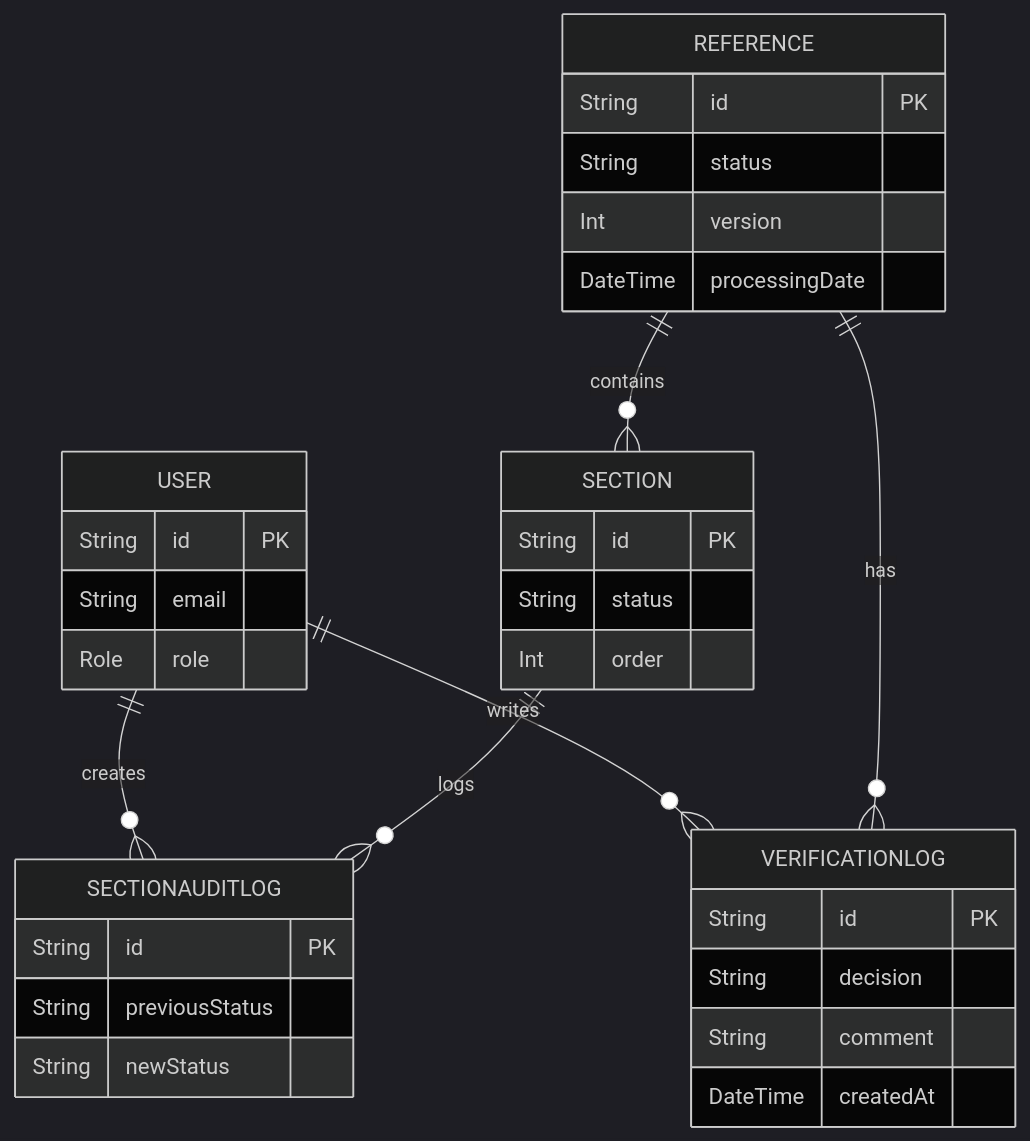
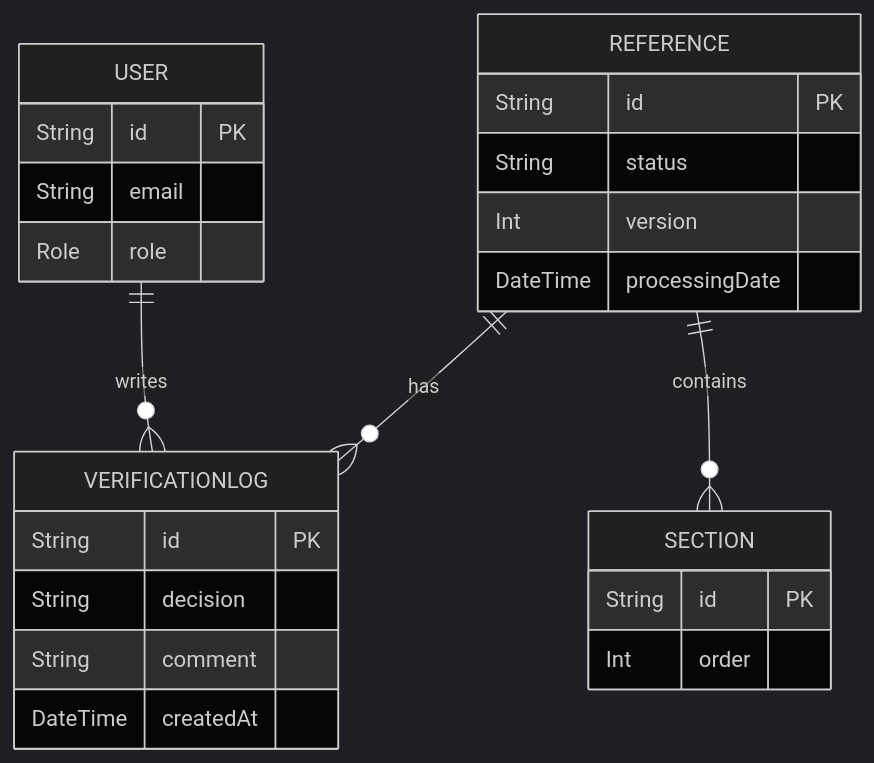
Before and after one commit to mosathawabamosa2020-rgb/MedicalBot: the first of 3 diagrams in ARCHITECTURE_MASTER_DOCUMENT.md, drawn with Mermaid (dark theme). The commit also changed other lines of this file, not shown here.

Commit message:
docs: reconcile architecture doc for section-status removal and clarify semantics

````diff
--- a/ARCHITECTURE_MASTER_DOCUMENT.md
+++ b/ARCHITECTURE_MASTER_DOCUMENT.md
@@ -239,36 +230,28 @@
 ```mermaid
 erDiagram
     USER ||--o{ VERIFICATIONLOG : writes
-    USER ||--o{ SECTIONAUDITLOG : creates
     REFERENCE ||--o{ SECTION : contains
     REFERENCE ||--o{ VERIFICATIONLOG : has
-    SECTION ||--o{ SECTIONAUDITLOG : logs
 
     USER {
         String id PK
         String email
         Role role
     }
     REFERENCE {
         String id PK
         String status
         Int version
         DateTime processingDate
     }
     SECTION {
         String id PK
-        String status
         Int order
     }
     VERIFICATIONLOG {
         String id PK
         String decision
         String comment
         DateTime createdAt
     }
-    SECTIONAUDITLOG {
-        String id PK
-        String previousStatus
-        String newStatus
-    }
 ```
````
